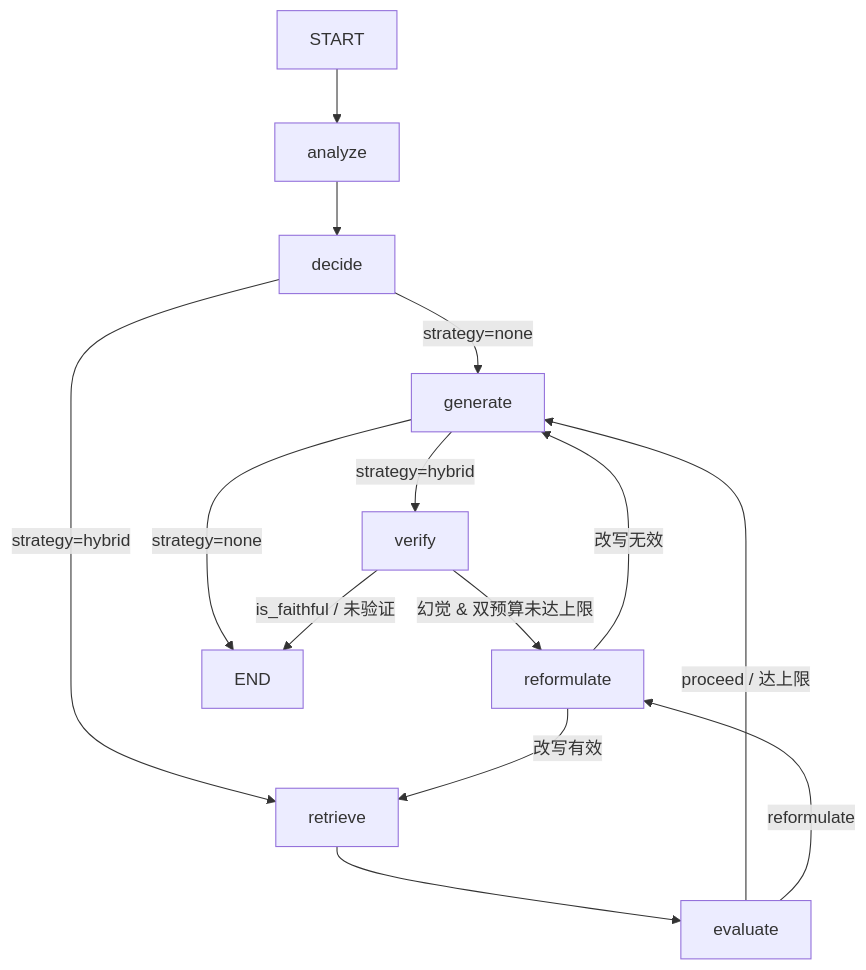
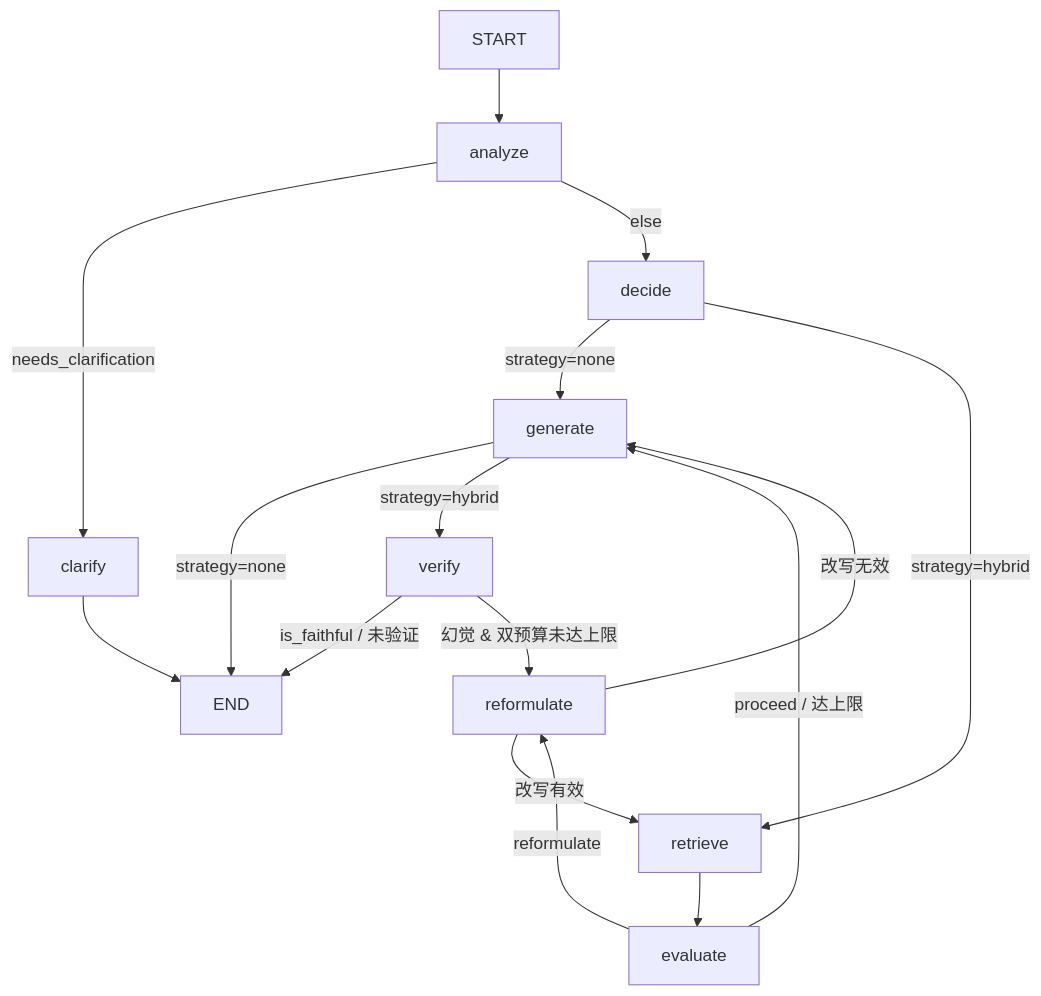
One commit to yyc2417/RAGForge changed the first of 2 diagrams in docs/modules/agent.md. Above: the diagram before and after it, drawn with Mermaid. The commit also changed other lines of this file and 8 other files, not shown here.

````diff
--- a/docs/modules/agent.md
+++ b/docs/modules/agent.md
@@ -52,16 +55,18 @@
 ```mermaid
 graph TD
     START --> Analyze[analyze]
-    Analyze --> Decide[decide]
+    Analyze -->|needs_clarification| Clarify[clarify]
+    Clarify --> END
+    Analyze -->|else| Decide[decide]
     Decide -->|strategy=none| Generate[generate]
     Decide -->|strategy=hybrid| Retrieve[retrieve]
     Retrieve --> Evaluate[evaluate]
     Evaluate -->|proceed / 达上限| Generate
     Evaluate -->|reformulate| Reformulate[reformulate]
     Reformulate -->|改写有效| Retrieve
     Reformulate -->|改写无效| Generate
     Generate -->|strategy=none| END
     Generate -->|strategy=hybrid| Verify[verify]
     Verify -->|is_faithful / 未验证| END
     Verify -->|幻觉 & 双预算未达上限| Reformulate
 ```
````
